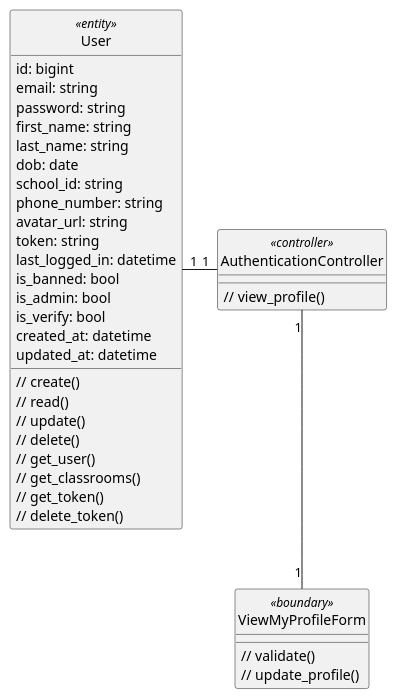
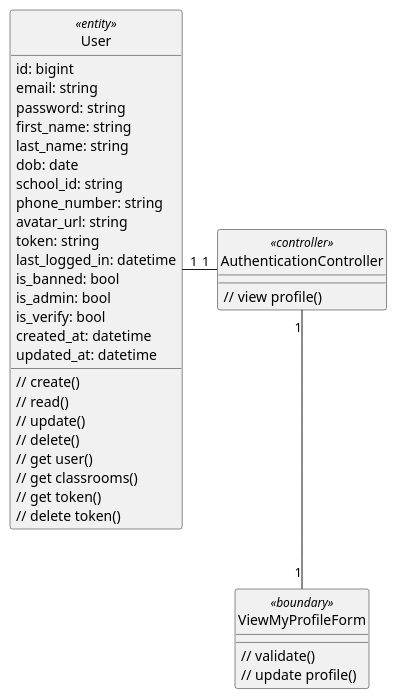
The diagram in class - analysis/authentication/viewMyProfile.plantuml (anonyhostvn/OOAD-Diagram), drawn with PlantUML before and after one commit. The commit also changed 6 other files, not shown here.

```diff
--- a/class - analysis/authentication/viewMyProfile.plantuml
+++ b/class - analysis/authentication/viewMyProfile.plantuml
@@ -1,47 +1,47 @@
 @startuml login
 
 class User <<entity>> {
     id: bigint
     email: string
     password: string
     first_name: string
     last_name: string
     dob: date
     school_id: string
     phone_number: string
     avatar_url: string
     token: string
     last_logged_in: datetime
     is_banned: bool
     is_admin: bool
     is_verify: bool
     created_at: datetime
     updated_at: datetime
 
     // create()
     // read()
     // update()
     // delete()
-    // get_user()
-    // get_classrooms()
-    // get_token()
-    // delete_token()
+    // get user()
+    // get classrooms()
+    // get token()
+    // delete token()
 }
 
 class ViewMyProfileForm <<boundary>> {
     // validate()
-    // update_profile()
+    // update profile()
 }
 
 class AuthenticationController <<controller>> {
-    // view_profile()
+    // view profile()
 }
 
 hide User <<entity>> circle
 hide ViewMyProfileForm <<boundary>> circle
 hide AuthenticationController <<controller>> circle
 
 AuthenticationController "1" -left- "1" User
 AuthenticationController "1" -down- "1" ViewMyProfileForm
 
 @enduml
```
